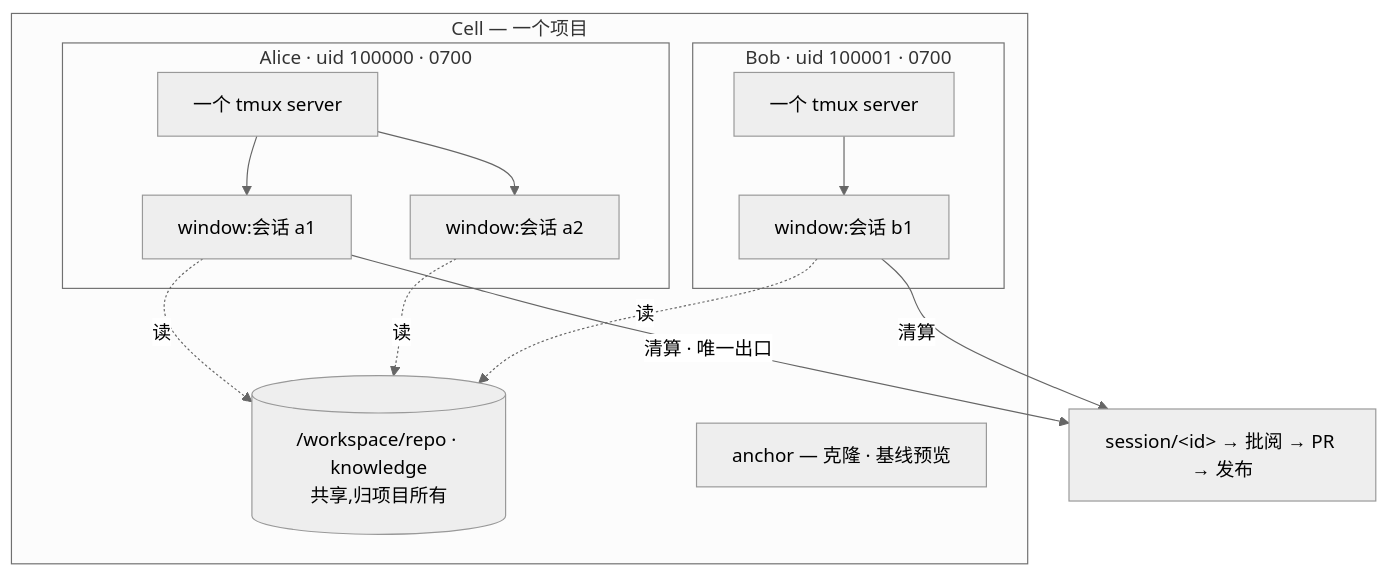
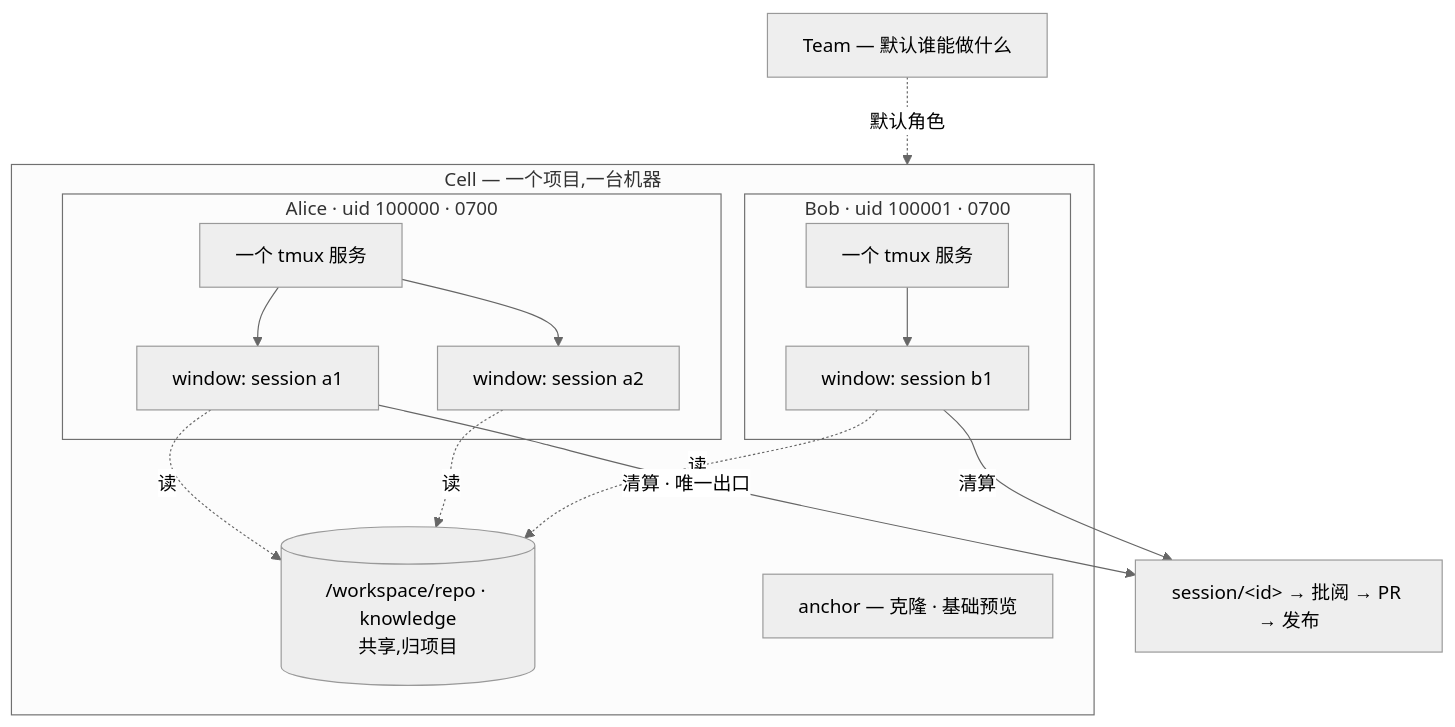
One commit to zippo1908/agentcell changed the diagram in README.zh-CN.md. Above: the diagram before and after it, drawn with Mermaid (neutral theme). The commit also changed other lines of this file and 1 other file, not shown here.

````diff
--- a/README.zh-CN.md
+++ b/README.zh-CN.md
@@ -38,21 +65,23 @@
 ```mermaid
 flowchart TB
-    subgraph CELL["Cell — 一个项目"]
-        OBJ[("/workspace/repo · knowledge<br/>共享,归项目所有")]
-        ANCHOR["anchor — 克隆 · 基线预览"]
+    TEAM["Team — 默认谁能做什么"]
+    subgraph CELL["Cell — 一个项目,一台机器"]
+        OBJ[("/workspace/repo · knowledge<br/>共享,归项目")]
+        ANCHOR["anchor — 克隆 · 基础预览"]
         subgraph UA["Alice · uid 100000 · 0700"]
-            TA["一个 tmux server"]
-            WA1["window:会话 a1"]
-            WA2["window:会话 a2"]
+            TA["一个 tmux 服务"]
+            WA1["window: session a1"]
+            WA2["window: session a2"]
         end
         subgraph UB["Bob · uid 100001 · 0700"]
-            TB["一个 tmux server"]
-            WB1["window:会话 b1"]
+            TB["一个 tmux 服务"]
+            WB1["window: session b1"]
         end
     end
+    TEAM -.->|默认角色| CELL
     TA --> WA1 & WA2
     TB --> WB1
     WA1 & WA2 & WB1 -.->|读| OBJ
     WA1 -->|清算 · 唯一出口| BR["session/&lt;id&gt; → 批阅 → PR → 发布"]
     WB1 -->|清算| BR
 ```
````
